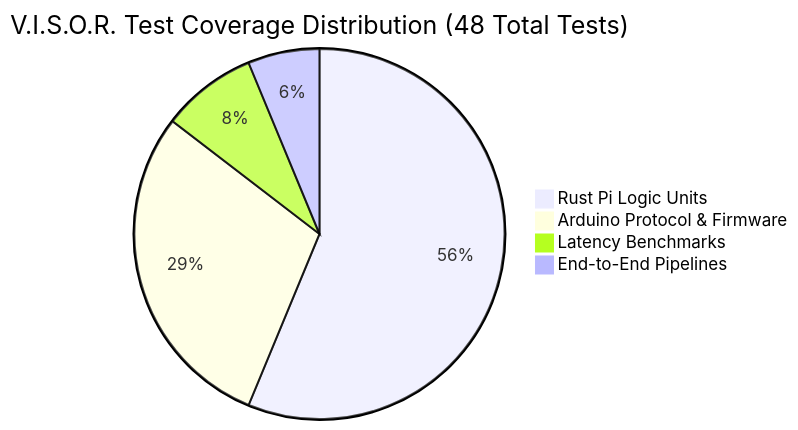
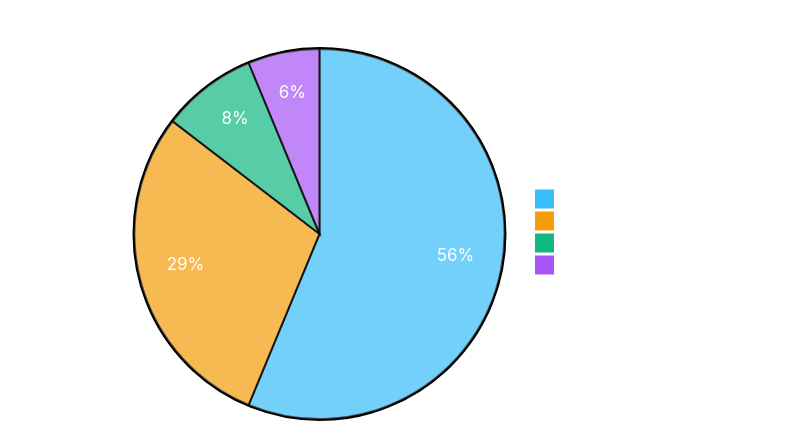
One commit to Apoo711/visor-project changed the first of 3 diagrams in tests/TEST_REPORT.md. Above: the diagram before and after it, drawn with Mermaid. The commit also changed other lines of this file and 1 other file, not shown here.

Commit message:
Make charts look better

````diff
--- a/tests/TEST_REPORT.md
+++ b/tests/TEST_REPORT.md
@@ -26,7 +26,8 @@
 ```mermaid
+%%{init: {'theme': 'base', 'themeVariables': { 'primaryColor': '#38bdf8', 'primaryTextColor': '#ffffff', 'primaryBorderColor': '#0284c7', 'lineColor': '#64748b', 'secondaryColor': '#a855f7', 'tertiaryColor': '#10b981', 'quaternaryColor': '#f59e0b', 'pie1': '#38bdf8', 'pie2': '#f59e0b', 'pie3': '#10b981', 'pie4': '#a855f7' } } }%%
 pie title V.I.S.O.R. Test Coverage Distribution (48 Total Tests)
     "Rust Pi Logic Units" : 27
     "Arduino Protocol & Firmware" : 14
     "Latency Benchmarks" : 4
     "End-to-End Pipelines" : 3
 ```
````
